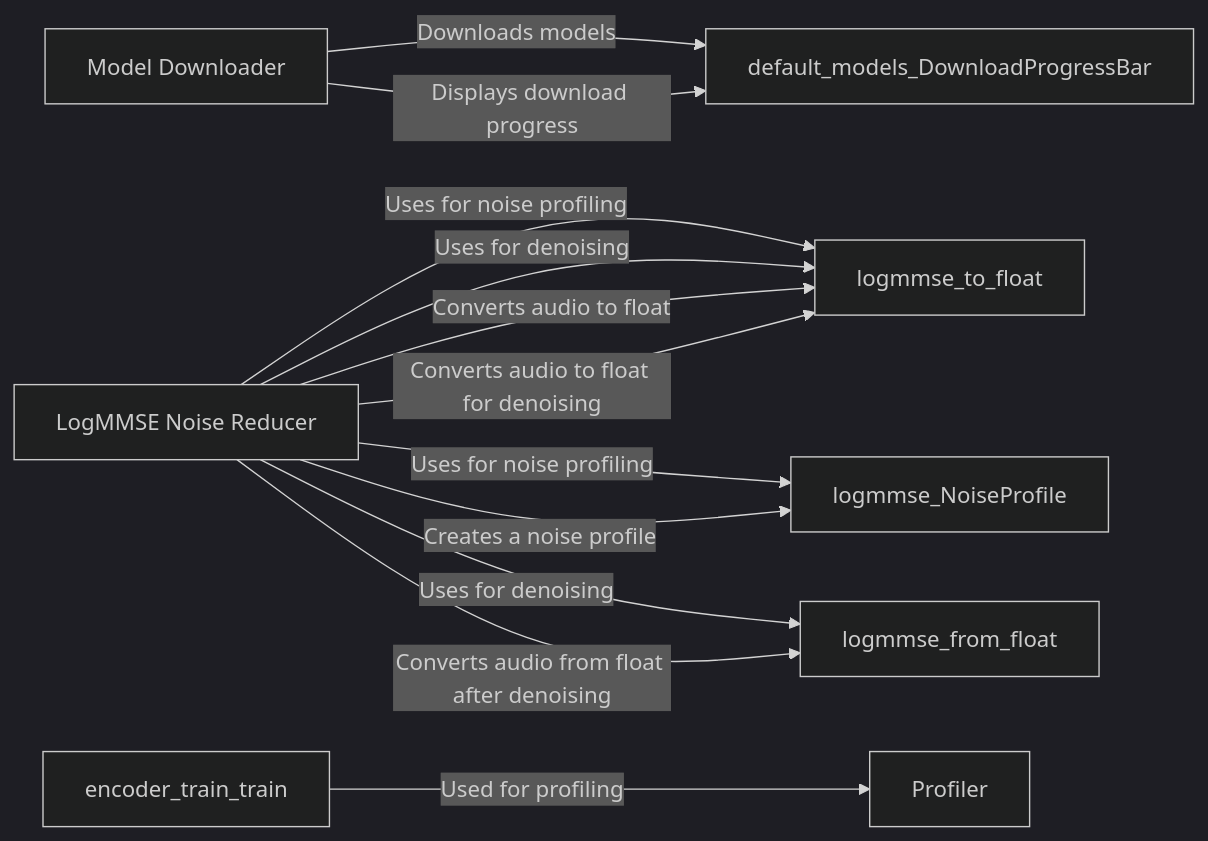
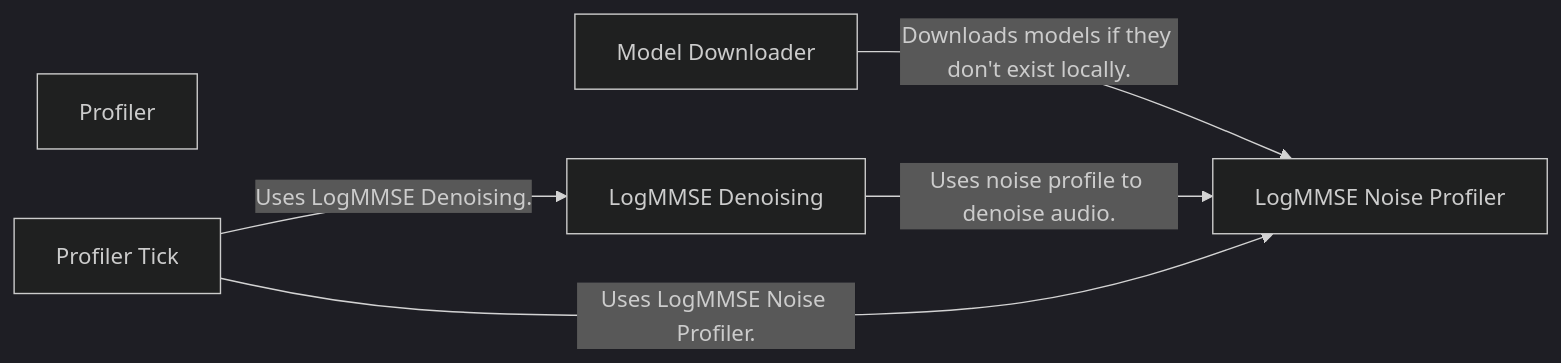
Before and after one commit to CodeBoarding/GeneratedOnBoardings: the diagram in Real-Time-Voice-Cloning/Utilities.md, drawn with Mermaid (dark theme). The commit also changed other lines of this file and 10 other files, not shown here.

````diff
--- a/Real-Time-Voice-Cloning/Utilities.md
+++ b/Real-Time-Voice-Cloning/Utilities.md
@@ -1,17 +1,12 @@
 ```mermaid
 graph LR
+    Model_Downloader["Model Downloader"]
+    LogMMSE_Noise_Profiler["LogMMSE Noise Profiler"]
+    LogMMSE_Denoising["LogMMSE Denoising"]
     Profiler["Profiler"]
-    Model_Downloader["Model Downloader"]
-    LogMMSE_Noise_Reducer["LogMMSE Noise Reducer"]
-    encoder_train_train -- "Used for profiling" --> Profiler
-    Model_Downloader -- "Downloads models" --> default_models_DownloadProgressBar
-    LogMMSE_Noise_Reducer -- "Uses for noise profiling" --> logmmse_to_float
-    LogMMSE_Noise_Reducer -- "Uses for noise profiling" --> logmmse_NoiseProfile
-    LogMMSE_Noise_Reducer -- "Uses for denoising" --> logmmse_to_float
-    LogMMSE_Noise_Reducer -- "Uses for denoising" --> logmmse_from_float
-    Model_Downloader -- "Displays download progress" --> default_models_DownloadProgressBar
-    LogMMSE_Noise_Reducer -- "Converts audio to float" --> logmmse_to_float
-    LogMMSE_Noise_Reducer -- "Creates a noise profile" --> logmmse_NoiseProfile
-    LogMMSE_Noise_Reducer -- "Converts audio to float for denoising" --> logmmse_to_float
-    LogMMSE_Noise_Reducer -- "Converts audio from float after denoising" --> logmmse_from_float
+    Profiler_Tick["Profiler Tick"]
+    Model_Downloader -- "Downloads models if they don't exist locally." --> LogMMSE_Noise_Profiler
+    LogMMSE_Denoising -- "Uses noise profile to denoise audio." --> LogMMSE_Noise_Profiler
+    Profiler_Tick -- "Uses LogMMSE Denoising." --> LogMMSE_Denoising
+    Profiler_Tick -- "Uses LogMMSE Noise Profiler." --> LogMMSE_Noise_Profiler
 ```
````
